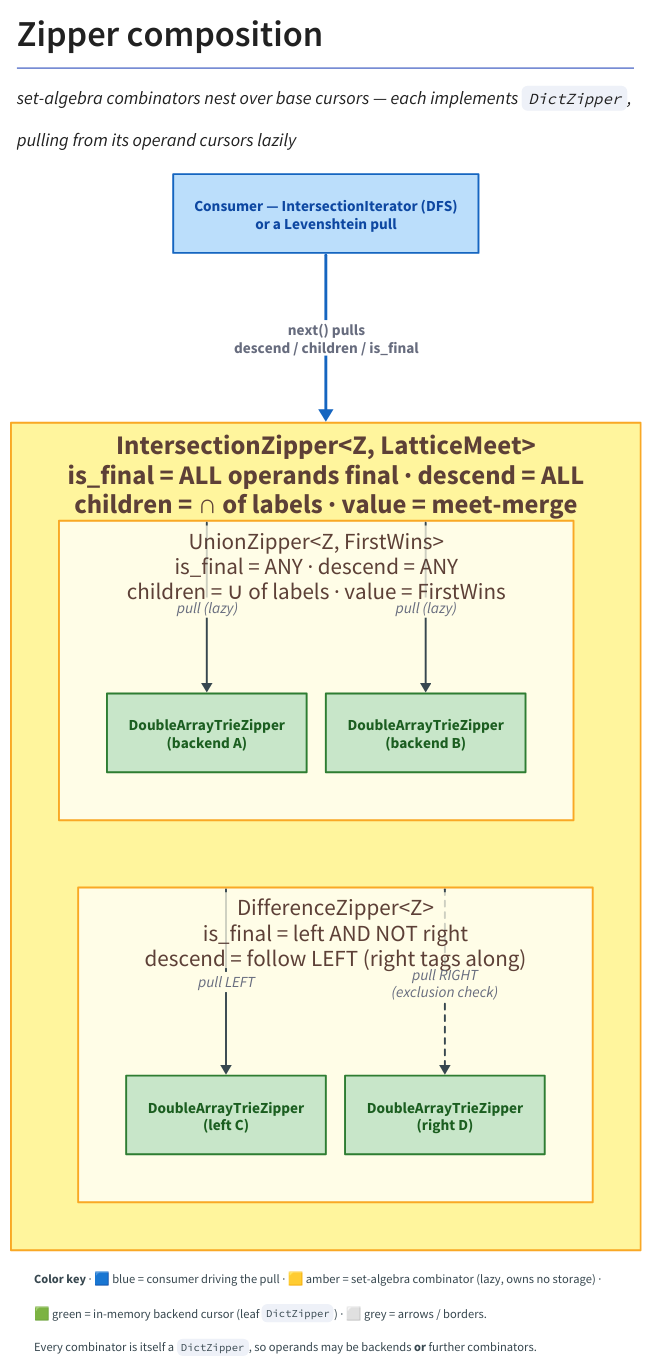
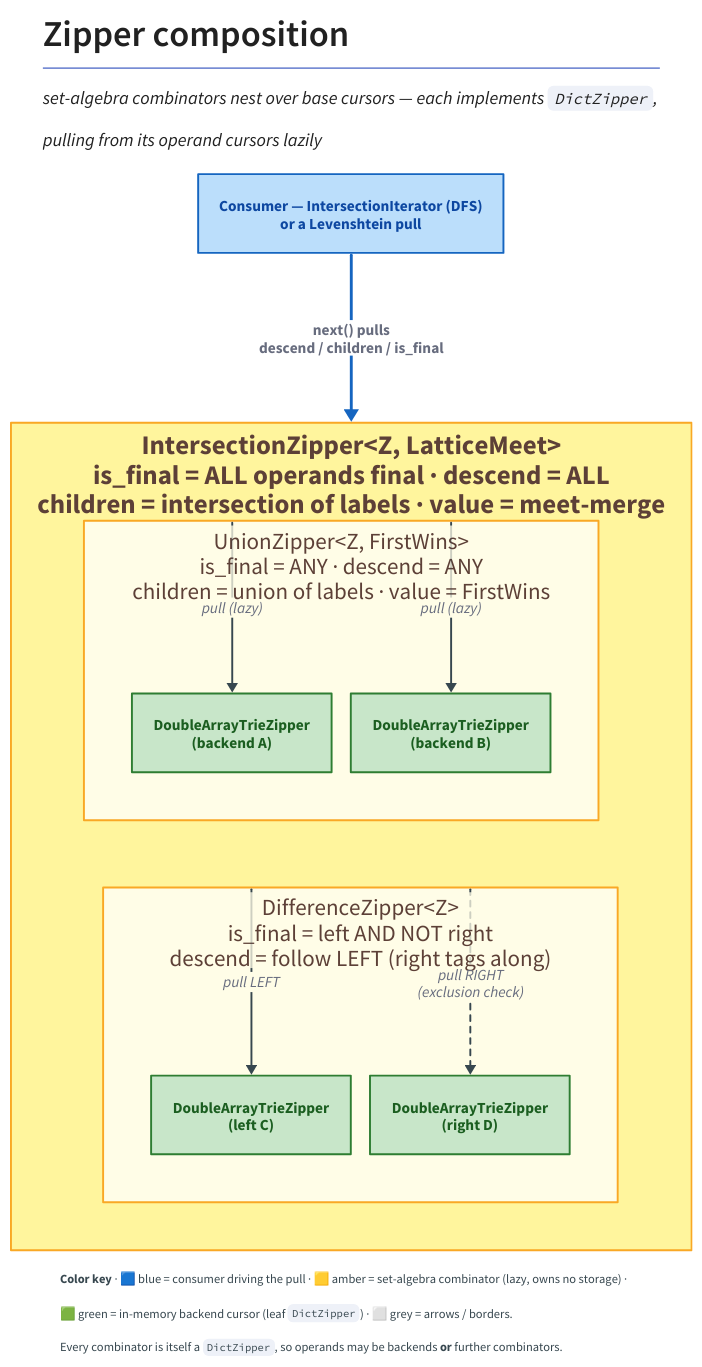
Before and after one commit to vinary-tree/libdictenstein: the diagram in docs/diagrams/src/zipper-composition.d2, drawn with D2. The commit also changed 124 other files, not shown here.

```diff
--- a/docs/diagrams/src/zipper-composition.d2
+++ b/docs/diagrams/src/zipper-composition.d2
@@ -1,145 +1,145 @@
 # d2-layout: elk
 # =============================================================================
 # zipper-composition.d2 — how set-algebra combinators NEST over base cursors.
 #
 # A combinator zipper (union / intersection / difference / …) does not own a
 # tree; it WRAPS one or more operand zippers and forwards navigation lazily.
 # Because every combinator both *implements* `DictZipper` and *operates on*
 # `DictZipper`, combinators compose recursively: a combinator's operand may be a
 # backend cursor OR another combinator. This figure shows one such tower —
 # Intersection( Union(DAT-A, DAT-B), Difference(DAT-C, DAT-D) ) — to make the
 # recursion concrete. Arrows are the LAZY PULL of terms: a parent asks its child
 # for `descend` / `children` / `is_final` only as the consumer advances; no
 # operand is ever fully materialized.
 # Source of truth: src/zipper.rs (DictZipper), src/{union,intersection,
 # difference}_zipper.rs.
 #
 # Color key (house palette — docs/diagrams/README.md):
 #   green  #C8E6C9  in-memory backend cursors (the leaf DictZippers)
 #   amber  #FFF59D  set-algebra combinator zippers (lazy, own no storage)
 #   blue   #BBDEFB  the consumer (DFS iterator / automaton pull)
 #   grey   #ECEFF1 / #37474F  infrastructure / borders / arrows
 # =============================================================================
 
 vars: {
   d2-config: {
     layout-engine: elk
   }
 }
 
 direction: down
 
 title: |md
   # Zipper composition
   *set-algebra combinators nest over base cursors — each implements `DictZipper`,*
 
   *pulling from its operand cursors lazily*
 | {
   near: top-center
   style.font-size: 19
   style.font-color: "#212121"
 }
 
 # --- The consumer that drives the lazy pull ---------------------------------
 consumer: "Consumer — IntersectionIterator (DFS)\nor a Levenshtein pull" {
   style: {
     fill: "#BBDEFB"
     stroke: "#1565C0"
     font-color: "#0D47A1"
     stroke-width: 2
     bold: true
   }
 }
 
 # --- Top combinator: INTERSECTION wraps two sub-zippers ----------------------
-isect: "IntersectionZipper<Z, LatticeMeet>\nis_final = ALL operands final · descend = ALL\nchildren = ∩ of labels · value = meet-merge" {
+isect: "IntersectionZipper<Z, LatticeMeet>\nis_final = ALL operands final · descend = ALL\nchildren = intersection of labels · value = meet-merge" {
   style: {
     fill: "#FFF59D"
     stroke: "#F9A825"
     font-color: "#5D4037"
     stroke-width: 2
     bold: true
   }
 
   # --- Sub-combinator 1: UNION over two backend cursors ---------------------
-  uni: "UnionZipper<Z, FirstWins>\nis_final = ANY · descend = ANY\nchildren = ∪ of labels · value = FirstWins" {
+  uni: "UnionZipper<Z, FirstWins>\nis_final = ANY · descend = ANY\nchildren = union of labels · value = FirstWins" {
     style: {
       fill: "#FFFDE7"
       stroke: "#F9A825"
       font-color: "#5D4037"
       stroke-width: 2
     }
     dat_a: "DoubleArrayTrieZipper\n(backend A)" {
       style.fill: "#C8E6C9"
       style.stroke: "#2E7D32"
       style.font-color: "#1B5E20"
     }
     dat_b: "DoubleArrayTrieZipper\n(backend B)" {
       style.fill: "#C8E6C9"
       style.stroke: "#2E7D32"
       style.font-color: "#1B5E20"
     }
   }
 
   # --- Sub-combinator 2: DIFFERENCE over two backend cursors ----------------
   diff: "DifferenceZipper<Z>\nis_final = left AND NOT right\ndescend = follow LEFT (right tags along)" {
     style: {
       fill: "#FFFDE7"
       stroke: "#F9A825"
       font-color: "#5D4037"
       stroke-width: 2
     }
     dat_c: "DoubleArrayTrieZipper\n(left C)" {
       style.fill: "#C8E6C9"
       style.stroke: "#2E7D32"
       style.font-color: "#1B5E20"
     }
     dat_d: "DoubleArrayTrieZipper\n(right D)" {
       style.fill: "#C8E6C9"
       style.stroke: "#2E7D32"
       style.font-color: "#1B5E20"
     }
   }
 }
 
 # --- Lazy-pull edges: consumer -> top -> sub-combinators -> leaves -----------
 consumer -> isect: "next() pulls\ndescend / children / is_final" {
   style.stroke: "#1565C0"
   style.stroke-width: 3
   style.bold: true
 }
 
 # Stack the two sub-combinators vertically (hidden edge) so the intersection card is
 # one narrow column instead of two side-by-side sub-towers.
 isect.uni -> isect.diff: "" { style.opacity: 0.0 }
 
 isect.uni -> isect.uni.dat_a: "pull (lazy)" {
   style.stroke: "#37474F"
   style.stroke-width: 2
 }
 isect.uni -> isect.uni.dat_b: "pull (lazy)" {
   style.stroke: "#37474F"
   style.stroke-width: 2
 }
 isect.diff -> isect.diff.dat_c: "pull LEFT" {
   style.stroke: "#37474F"
   style.stroke-width: 2
 }
 isect.diff -> isect.diff.dat_d: "pull RIGHT\n(exclusion check)" {
   style.stroke: "#37474F"
   style.stroke-width: 2
   style.stroke-dash: 3
 }
 
 # --- Legend ------------------------------------------------------------------
 legend: |md
   **Color key** · 🟦 blue = consumer driving the pull · 🟨 amber = set-algebra combinator (lazy, owns no storage) ·
 
   🟩 green = in-memory backend cursor (leaf `DictZipper`) · ⬜ grey = arrows / borders.
 
   Every combinator is itself a `DictZipper`, so operands may be backends **or** further combinators.
 | {
   near: bottom-center
   style.font-size: 13
   style.font-color: "#37474F"
 }
```
